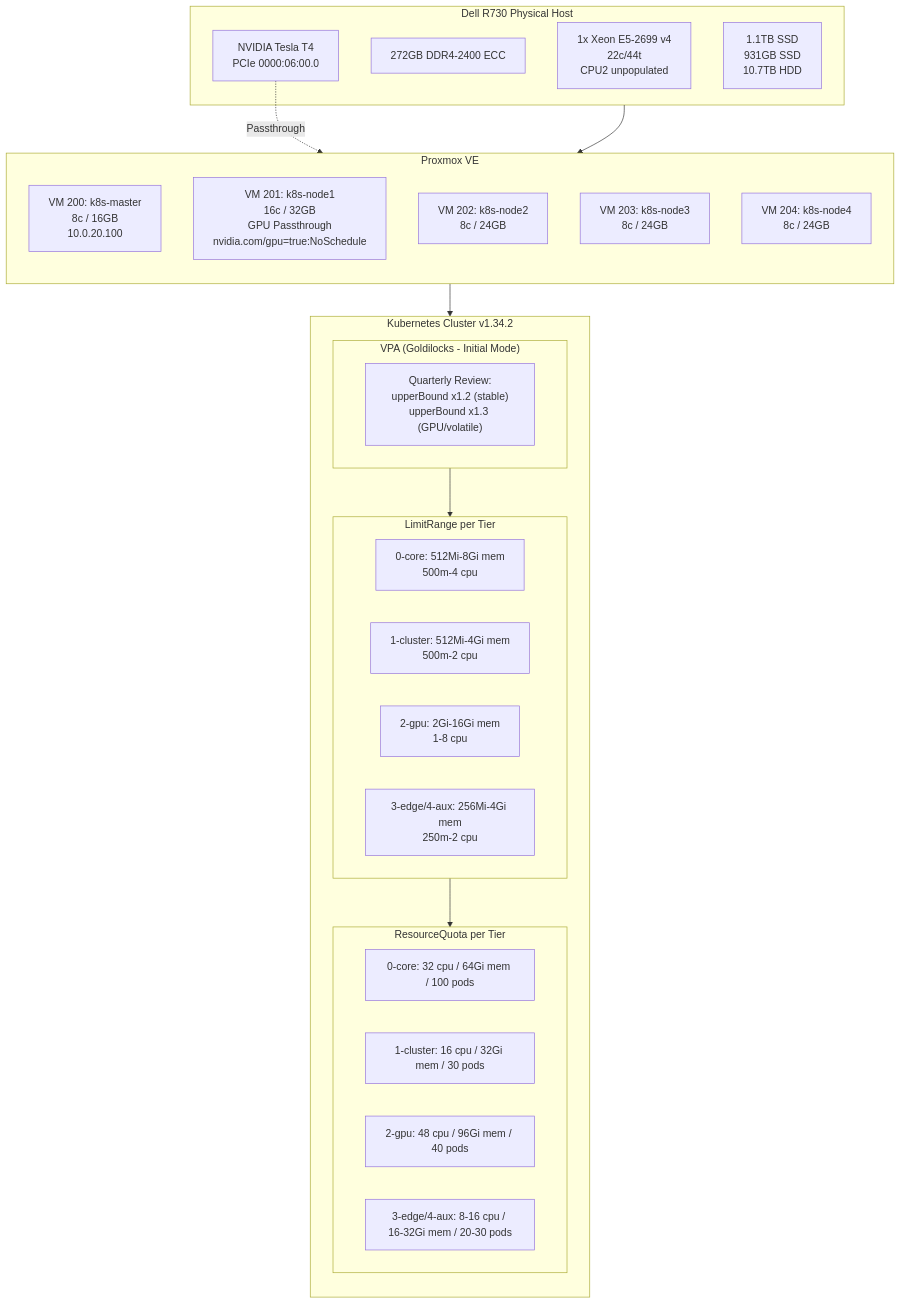
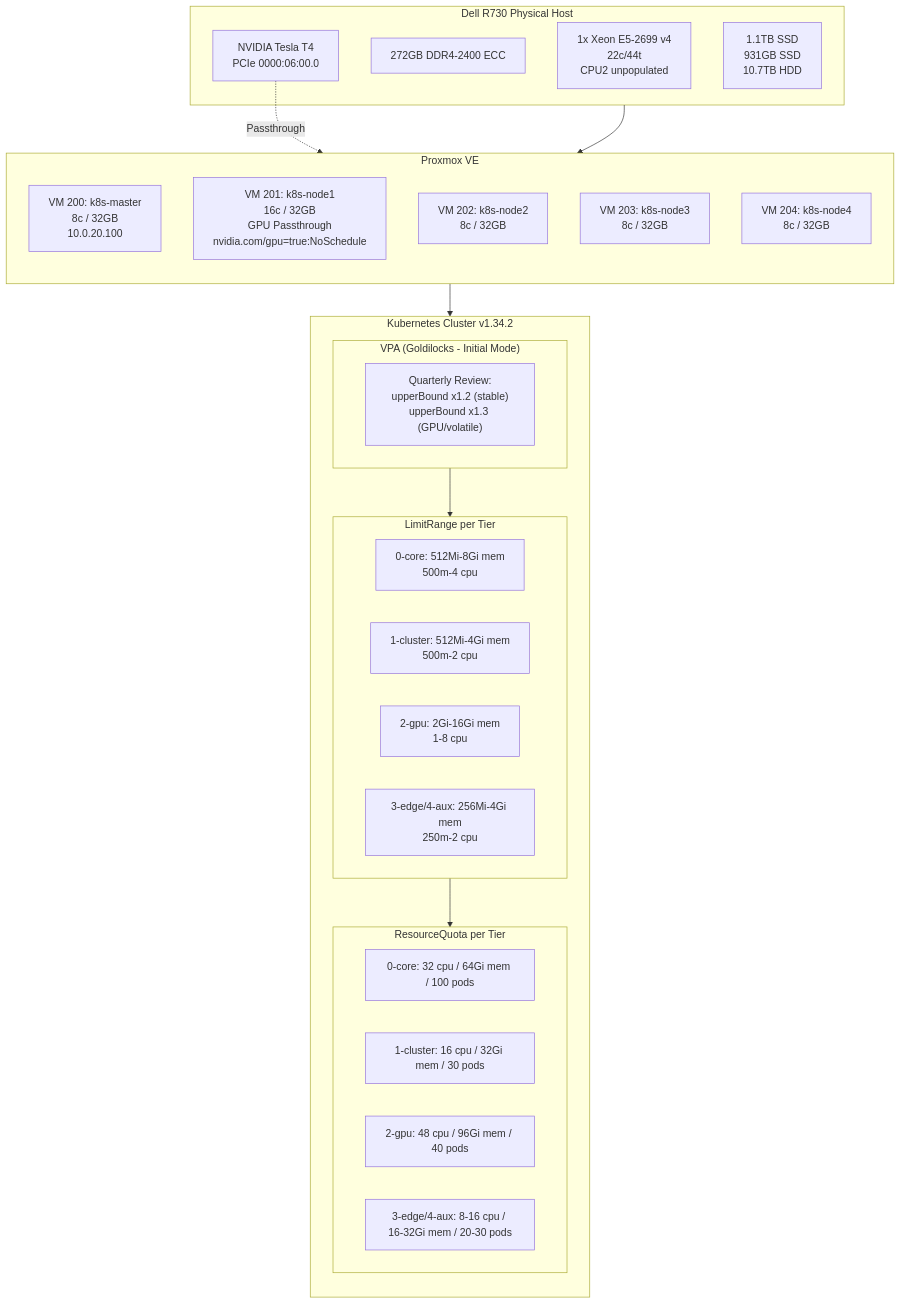
Before and after one commit to ViktorBarzin/infra: the diagram in docs/architecture/compute.md, drawn with Mermaid. The commit also changed other lines of this file and 13 other files, not shown here.

First line of the commit message:
docs: comprehensive audit and update of all architecture docs and runbooks [ci skip]

````diff
--- a/docs/architecture/compute.md
+++ b/docs/architecture/compute.md
@@ -9,46 +9,46 @@
 ```mermaid
 graph TB
     subgraph Physical["Dell R730 Physical Host"]
         CPU["1x Xeon E5-2699 v4<br/>22c/44t<br/>CPU2 unpopulated"]
         RAM["272GB DDR4-2400 ECC"]
         GPU["NVIDIA Tesla T4<br/>PCIe 0000:06:00.0"]
         DISK["1.1TB SSD<br/>931GB SSD<br/>10.7TB HDD"]
     end
 
     subgraph Proxmox["Proxmox VE"]
         direction TB
-        MASTER["VM 200: k8s-master<br/>8c / 16GB<br/>10.0.20.100"]
+        MASTER["VM 200: k8s-master<br/>8c / 32GB<br/>10.0.20.100"]
         NODE1["VM 201: k8s-node1<br/>16c / 32GB<br/>GPU Passthrough<br/>nvidia.com/gpu=true:NoSchedule"]
-        NODE2["VM 202: k8s-node2<br/>8c / 24GB"]
-        NODE3["VM 203: k8s-node3<br/>8c / 24GB"]
-        NODE4["VM 204: k8s-node4<br/>8c / 24GB"]
+        NODE2["VM 202: k8s-node2<br/>8c / 32GB"]
+        NODE3["VM 203: k8s-node3<br/>8c / 32GB"]
+        NODE4["VM 204: k8s-node4<br/>8c / 32GB"]
     end
 
     subgraph K8s["Kubernetes Cluster v1.34.2"]
         direction TB
 
         subgraph VPA["VPA (Goldilocks - Initial Mode)"]
             RECOMMEND["Quarterly Review:<br/>upperBound x1.2 (stable)<br/>upperBound x1.3 (GPU/volatile)"]
         end
 
         subgraph LimitRange["LimitRange per Tier"]
             TIER0_LR["0-core: 512Mi-8Gi mem<br/>500m-4 cpu"]
             TIER1_LR["1-cluster: 512Mi-4Gi mem<br/>500m-2 cpu"]
             TIER2_LR["2-gpu: 2Gi-16Gi mem<br/>1-8 cpu"]
             TIER34_LR["3-edge/4-aux: 256Mi-4Gi mem<br/>250m-2 cpu"]
         end
 
         subgraph ResourceQuota["ResourceQuota per Tier"]
             TIER0_RQ["0-core: 32 cpu / 64Gi mem / 100 pods"]
             TIER1_RQ["1-cluster: 16 cpu / 32Gi mem / 30 pods"]
             TIER2_RQ["2-gpu: 48 cpu / 96Gi mem / 40 pods"]
             TIER34_RQ["3-edge/4-aux: 8-16 cpu / 16-32Gi mem / 20-30 pods"]
         end
     end
 
     Physical --> Proxmox
     GPU -.->|Passthrough| NODE1
     Proxmox --> K8s
     VPA --> LimitRange
     LimitRange --> ResourceQuota
 ```
````
